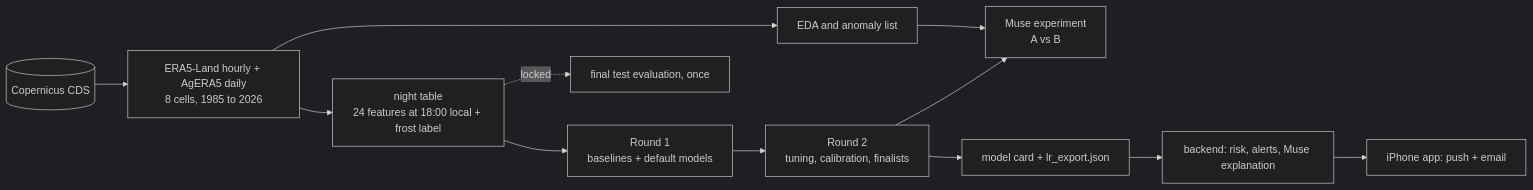
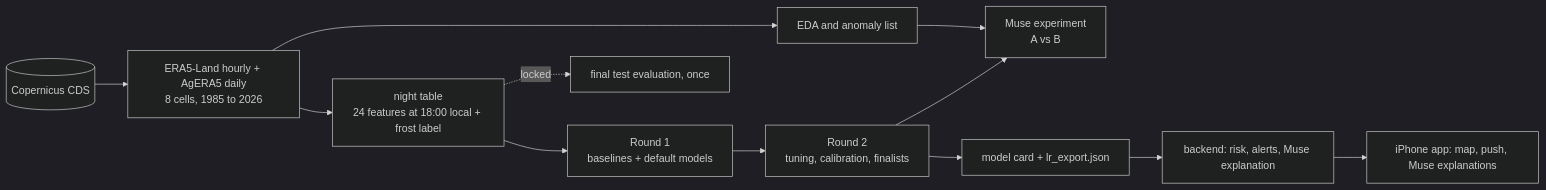
Before and after one commit to MarvinMR24/altiplano-frost-alert: the diagram in README.md, drawn with Mermaid (dark theme). The commit also changed other lines of this file and 15 other files, not shown here.

````diff
--- a/README.md
+++ b/README.md
@@ -15,14 +15,14 @@
 ```mermaid
 flowchart LR
   CDS[(Copernicus CDS)] --> RAW[ERA5-Land hourly + AgERA5 daily<br/>8 cells, 1985 to 2026]
   RAW --> EDA[EDA and anomaly list]
   RAW --> NT[night table<br/>24 features at 18:00 local + frost label]
   NT --> R1[Round 1<br/>baselines + default models]
   R1 --> R2[Round 2<br/>tuning, calibration, finalists]
   EDA --> MUSE[Muse experiment<br/>A vs B]
   R2 --> MUSE
   R2 --> ART[model card + lr_export.json]
   ART --> API[backend: risk, alerts, Muse explanation]
-  API --> APP[iPhone app: push + email]
+  API --> APP[iPhone app: map, push, Muse explanations]
   NT -.locked.-> TEST[final test evaluation, once]
 ```
````
